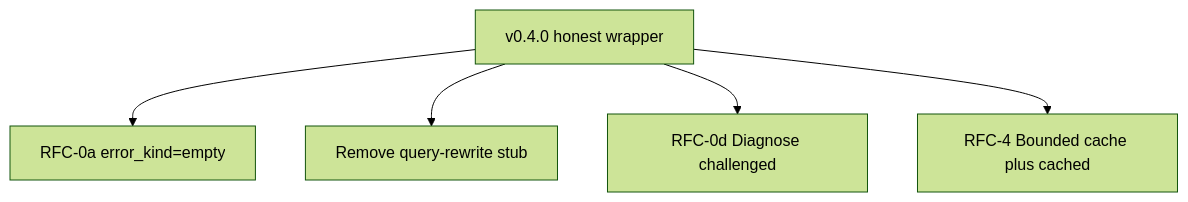
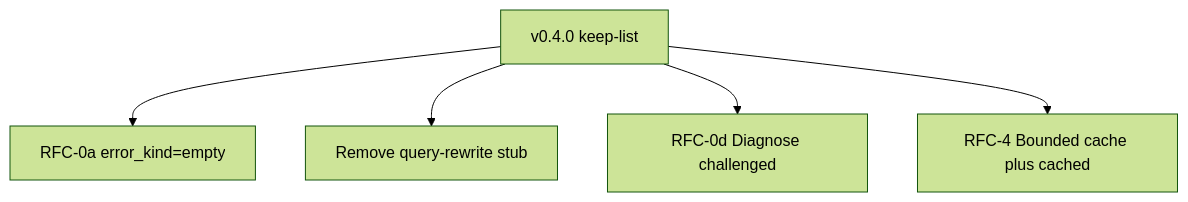
One commit to Alih-b/Josty changed the diagram in ROADMAP.md. Above: the diagram before and after it, drawn with Mermaid (forest theme). The commit also changed other lines of this file and 5 other files, not shown here.

````diff
--- a/ROADMAP.md
+++ b/ROADMAP.md
@@ -33,13 +33,13 @@
 ```mermaid
 graph TD
-    V4["v0.4.0 honest wrapper"]
+    V4["v0.4.0 keep-list"]
     R0a["RFC-0a error_kind=empty"]
     Rrm["Remove query-rewrite stub"]
     R0d["RFC-0d Diagnose challenged"]
     R4["RFC-4 Bounded cache plus cached"]
 
     V4 --> R0a
     V4 --> Rrm
     V4 --> R0d
     V4 --> R4
 ```
````
